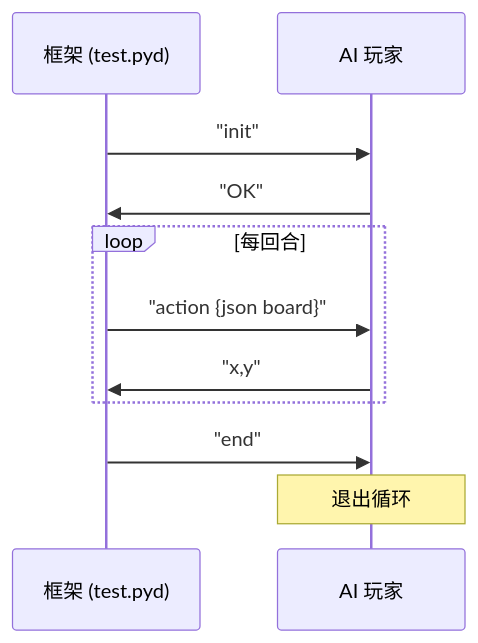
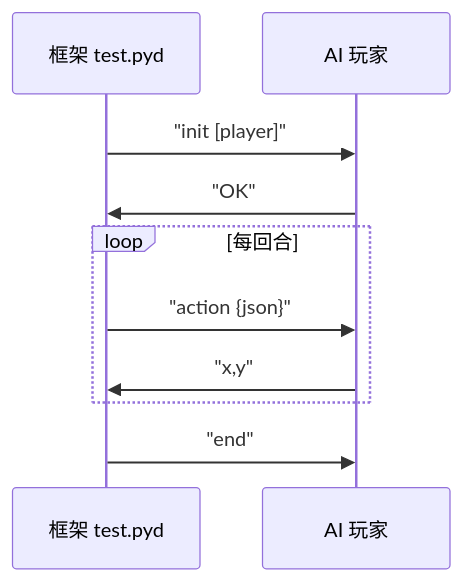
Before and after one commit to HH-Moon/Gomoku: the second of 2 diagrams in README.md, drawn with Mermaid. The commit also changed other lines of this file, not shown here.

````diff
--- a/README.md
+++ b/README.md
@@ -40,16 +44,15 @@
 ```mermaid
 sequenceDiagram
-    participant Framework as 框架 (test.pyd)
+    participant Framework as 框架 test.pyd
     participant AI as AI 玩家
 
-    Framework->>AI: "init"
+    Framework->>AI: "init [player]"
     AI->>Framework: "OK"
-    
+
     loop 每回合
-        Framework->>AI: "action {json board}"
+        Framework->>AI: "action {json}"
         AI->>Framework: "x,y"
     end
-    
+
     Framework->>AI: "end"
-    Note over AI: 退出循环
 ```
````
